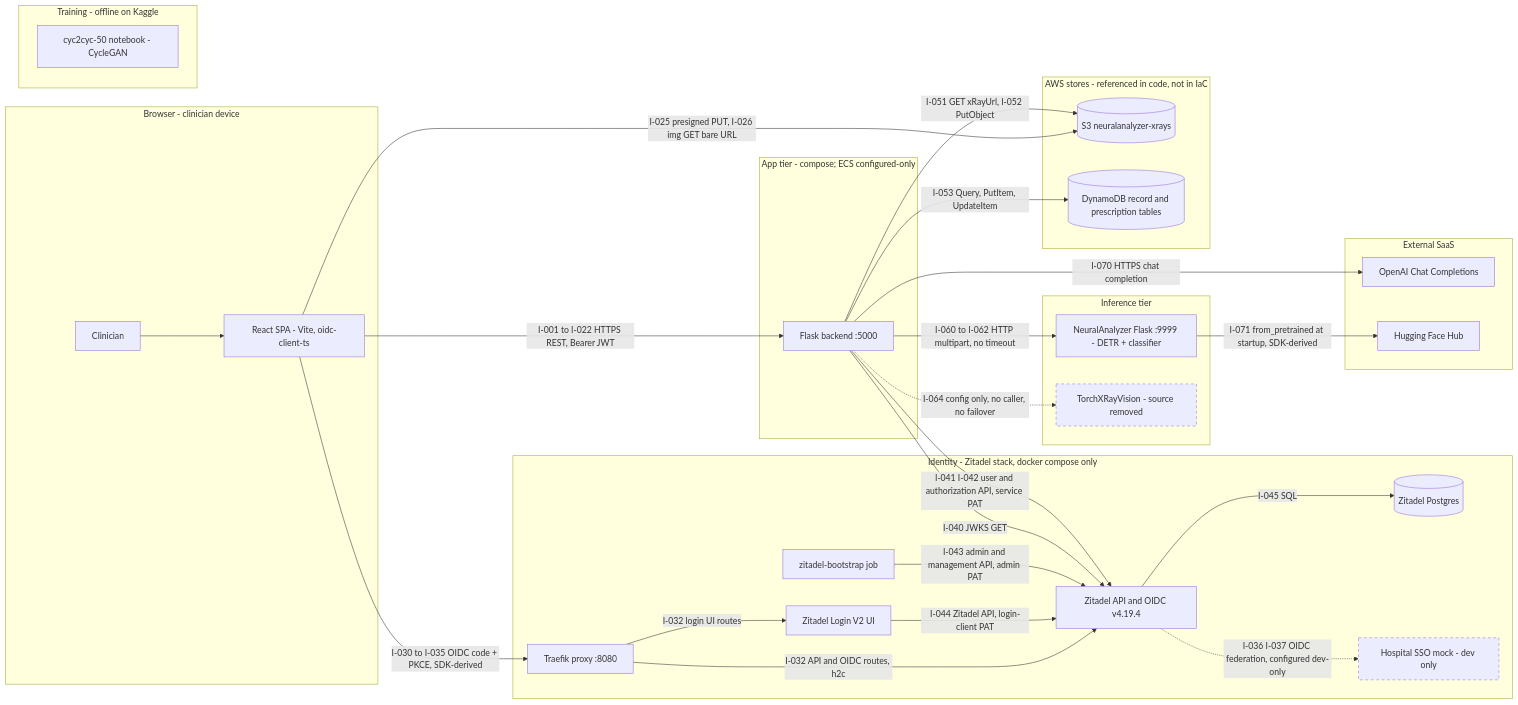
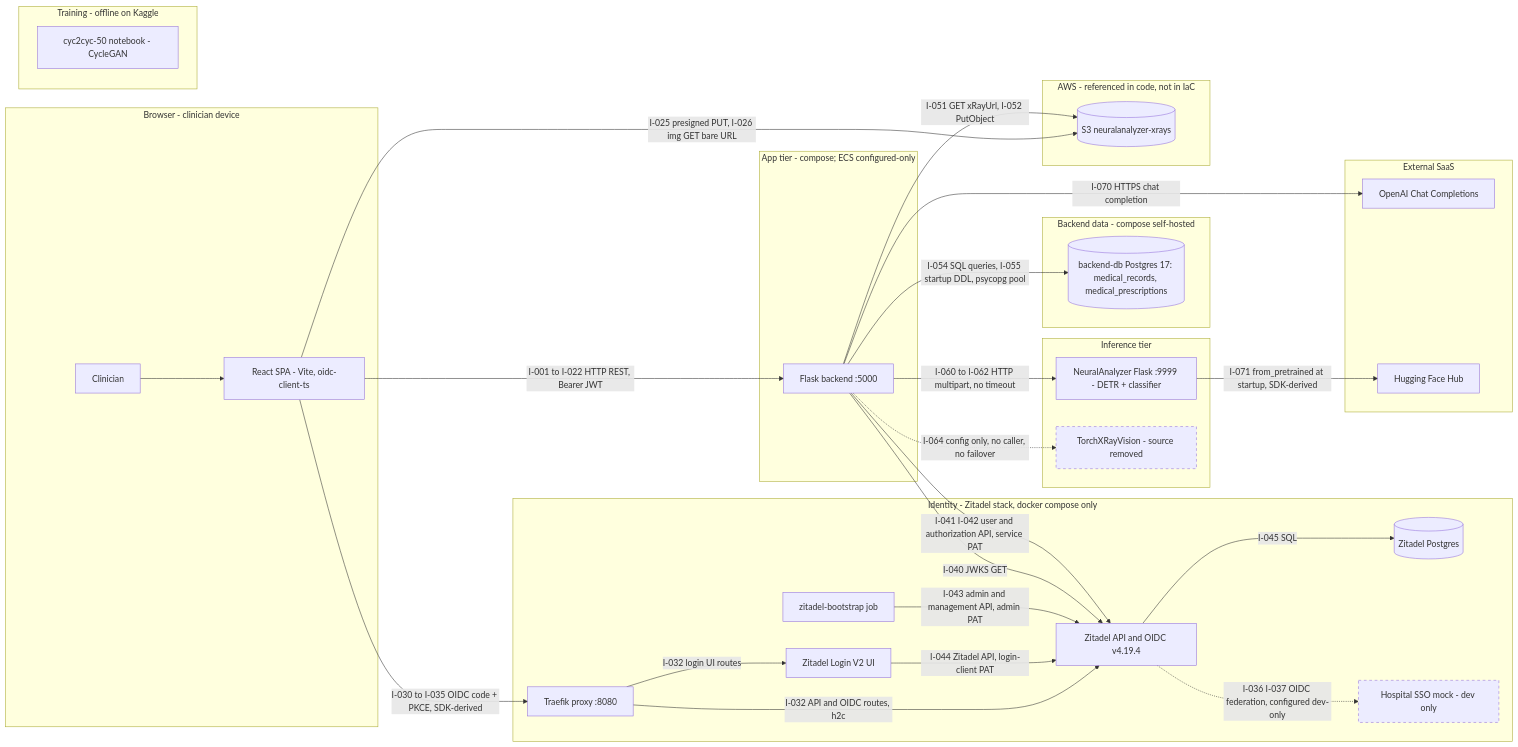
The first of 2 diagrams in docs/architecture/architecture-report.md (nathan20021/LungVisionAI), drawn with Mermaid before and after one commit. The commit also changed other lines of this file and 3 other files, not shown here.

````diff
--- a/docs/architecture/architecture-report.md
+++ b/docs/architecture/architecture-report.md
@@ -66,61 +68,64 @@
 ```mermaid
 flowchart LR
   subgraph BROWSER["Browser - clinician device"]
     U["Clinician"]
     FE["React SPA - Vite, oidc-client-ts"]
   end
 
   subgraph IDP["Identity - Zitadel stack, docker compose only"]
     ZPX["Traefik proxy :8080"]
     ZL["Zitadel Login V2 UI"]
     ZA["Zitadel API and OIDC v4.19.4"]
     ZDB[("Zitadel Postgres")]
     ZB["zitadel-bootstrap job"]
     SSO["Hospital SSO mock - dev only"]
   end
 
   subgraph APP["App tier - compose; ECS configured-only"]
     BE["Flask backend :5000"]
   end
 
+  subgraph DATA["Backend data - compose self-hosted"]
+    PG[("backend-db Postgres 17: medical_records, medical_prescriptions")]
+  end
+
   subgraph INFER["Inference tier"]
     NA["NeuralAnalyzer Flask :9999 - DETR + classifier"]
     TXV["TorchXRayVision - source removed"]
   end
 
-  subgraph AWS["AWS stores - referenced in code, not in IaC"]
+  subgraph AWS["AWS - referenced in code, not in IaC"]
     S3[("S3 neuralanalyzer-xrays")]
-    DDB[("DynamoDB record and prescription tables")]
   end
 
   subgraph EXT["External SaaS"]
     OAI["OpenAI Chat Completions"]
     HF["Hugging Face Hub"]
   end
 
   subgraph TRAIN["Training - offline on Kaggle"]
     NB["cyc2cyc-50 notebook - CycleGAN"]
   end
 
   U --> FE
-  FE -->|"I-001 to I-022 HTTPS REST, Bearer JWT"| BE
+  FE -->|"I-001 to I-022 HTTP REST, Bearer JWT"| BE
   FE -->|"I-030 to I-035 OIDC code + PKCE, SDK-derived"| ZPX
   ZPX -->|"I-032 login UI routes"| ZL
   ZPX -->|"I-032 API and OIDC routes, h2c"| ZA
   ZL -->|"I-044 Zitadel API, login-client PAT"| ZA
   ZA -->|"I-045 SQL"| ZDB
   ZA -.->|"I-036 I-037 OIDC federation, configured dev-only"| SSO
   ZB -->|"I-043 admin and management API, admin PAT"| ZA
   BE -->|"I-040 JWKS GET"| ZA
   BE -->|"I-041 I-042 user and authorization API, service PAT"| ZA
+  BE -->|"I-054 SQL queries, I-055 startup DDL, psycopg pool"| PG
   FE -->|"I-025 presigned PUT, I-026 img GET bare URL"| S3
   BE -->|"I-051 GET xRayUrl, I-052 PutObject"| S3
-  BE -->|"I-053 Query, PutItem, UpdateItem"| DDB
   BE -->|"I-060 to I-062 HTTP multipart, no timeout"| NA
   BE -->|"I-070 HTTPS chat completion"| OAI
   NA -->|"I-071 from_pretrained at startup, SDK-derived"| HF
   BE -.->|"I-064 config only, no caller, no failover"| TXV
 
   classDef gap stroke-dasharray:5 5
   class TXV,SSO gap
 ```
````
